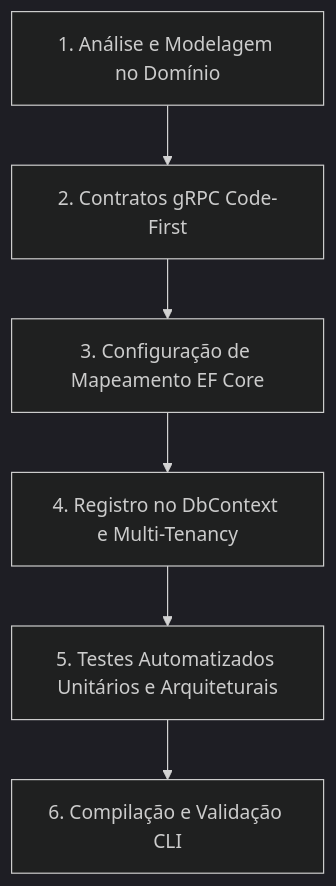
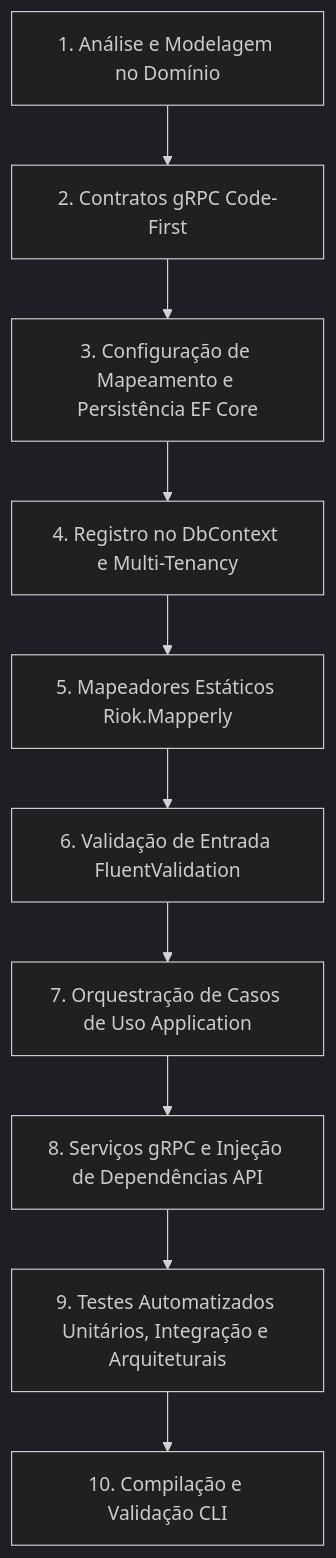
Before and after one commit to samuelalvesv/autogestor: the diagram in .agents/skills/propagate-domain/SKILL.md, drawn with Mermaid (dark theme). The commit also changed other lines of this file and 77 other files, not shown here.

Commit message:
feat: adiciona mapeamento estático com riok.mapperly, camada de validação de entrada com fluentvalidation compatível com native aot, higieniza contratos e transporte canônico grpc/protobuf, e expande testes unitários e de arquitetura

````diff
--- a/.agents/skills/propagate-domain/SKILL.md
+++ b/.agents/skills/propagate-domain/SKILL.md
@@ -20,8 +20,12 @@
 ```mermaid
 flowchart TD
     A[1. Análise e Modelagem no Domínio] --> B[2. Contratos gRPC Code-First]
-    B --> C[3. Configuração de Mapeamento EF Core]
+    B --> C[3. Configuração de Mapeamento e Persistência EF Core]
     C --> D[4. Registro no DbContext e Multi-Tenancy]
-    D --> E[5. Testes Automatizados Unitários e Arquiteturais]
-    E --> F[6. Compilação e Validação CLI]
+    D --> E[5. Mapeadores Estáticos Riok.Mapperly]
+    E --> F[6. Validação de Entrada FluentValidation]
+    F --> G[7. Orquestração de Casos de Uso Application]
+    G --> H[8. Serviços gRPC e Injeção de Dependências API]
+    H --> I[9. Testes Automatizados Unitários, Integração e Arquiteturais]
+    I --> J[10. Compilação e Validação CLI]
 ```
````
